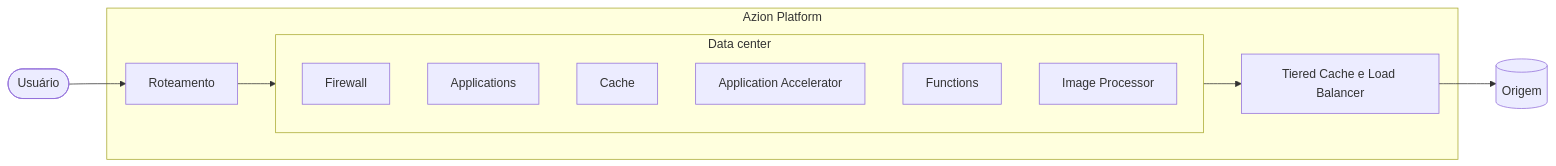
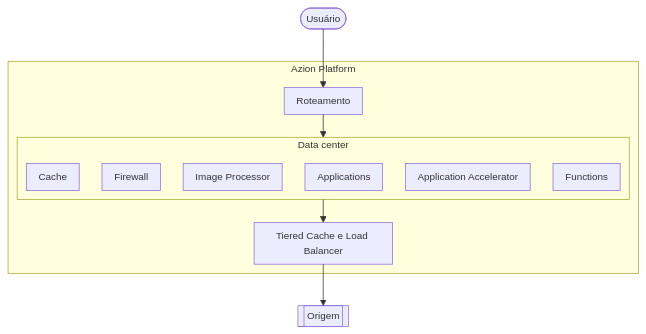
One commit to aziontech/docs changed the diagram in apps/docs/src/content/docs/pt-br/pages/menu-principal/ponto-de-partida/visao-geral-da-azion.mdx. Above: the diagram before and after it, drawn with Mermaid. The commit also changed 179 other files, not shown here.

Commit message:
docs(diagrams): redraw every other diagram in the use-case diagram style (#2513)

````diff
--- a/apps/docs/src/content/docs/pt-br/pages/menu-principal/ponto-de-partida/visao-geral-da-azion.mdx
+++ b/apps/docs/src/content/docs/pt-br/pages/menu-principal/ponto-de-partida/visao-geral-da-azion.mdx
@@ -31,17 +31,18 @@
 ```mermaid
-flowchart LR
+%%{init: {"layout": "elk", "themeVariables": {"fontSize": "13px"}, "flowchart": {"nodeSpacing": 24, "rankSpacing": 36, "padding": 8, "wrappingWidth": 150, "useMaxWidth": true}, "sequence": {"width": 120, "actorMargin": 30, "useMaxWidth": true}}}%%
+flowchart TD
   user([Usuário]) --> routing[Roteamento]
   subgraph platform [Azion Platform]
     routing --> dc
     subgraph dc [Data center]
       firewall[Firewall]
       applications[Applications]
       cache[Cache]
       accelerator[Application Accelerator]
       functions[Functions]
       image[Image Processor]
     end
     dc --> delivery[Tiered Cache e Load Balancer]
   end
-  delivery --> origin[(Origem)]
+  delivery --> origin[[Origem]]
 ```
````
